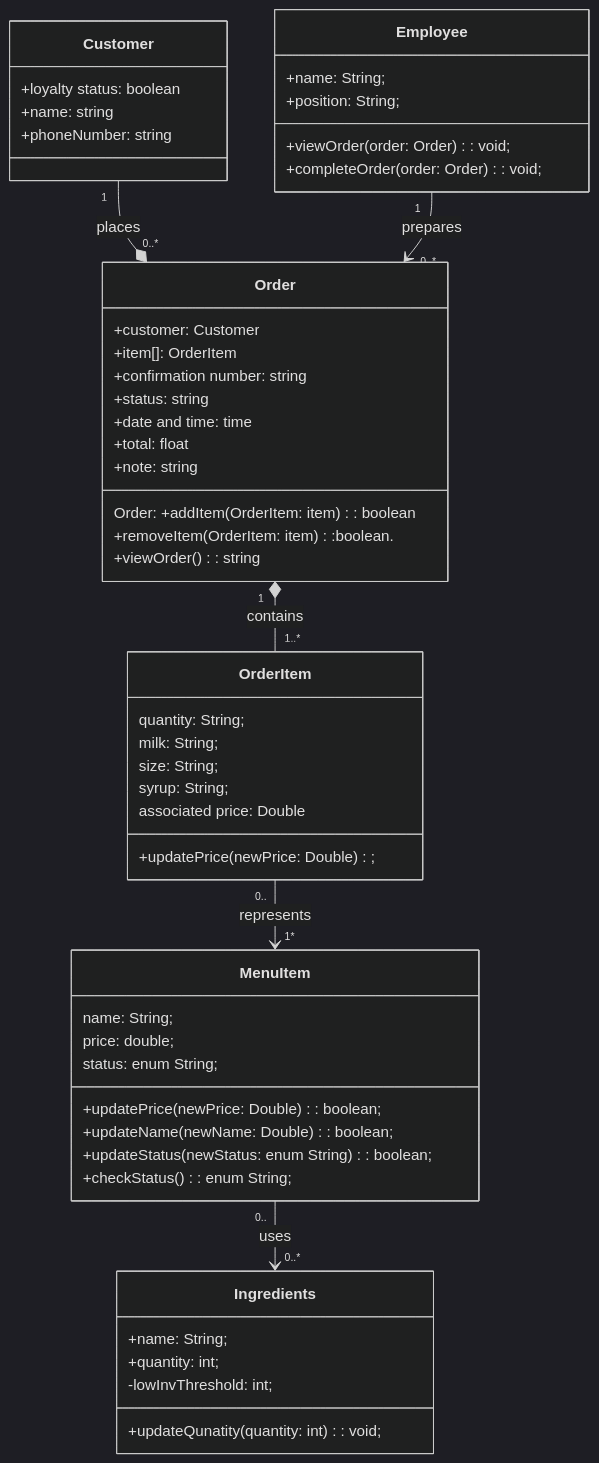
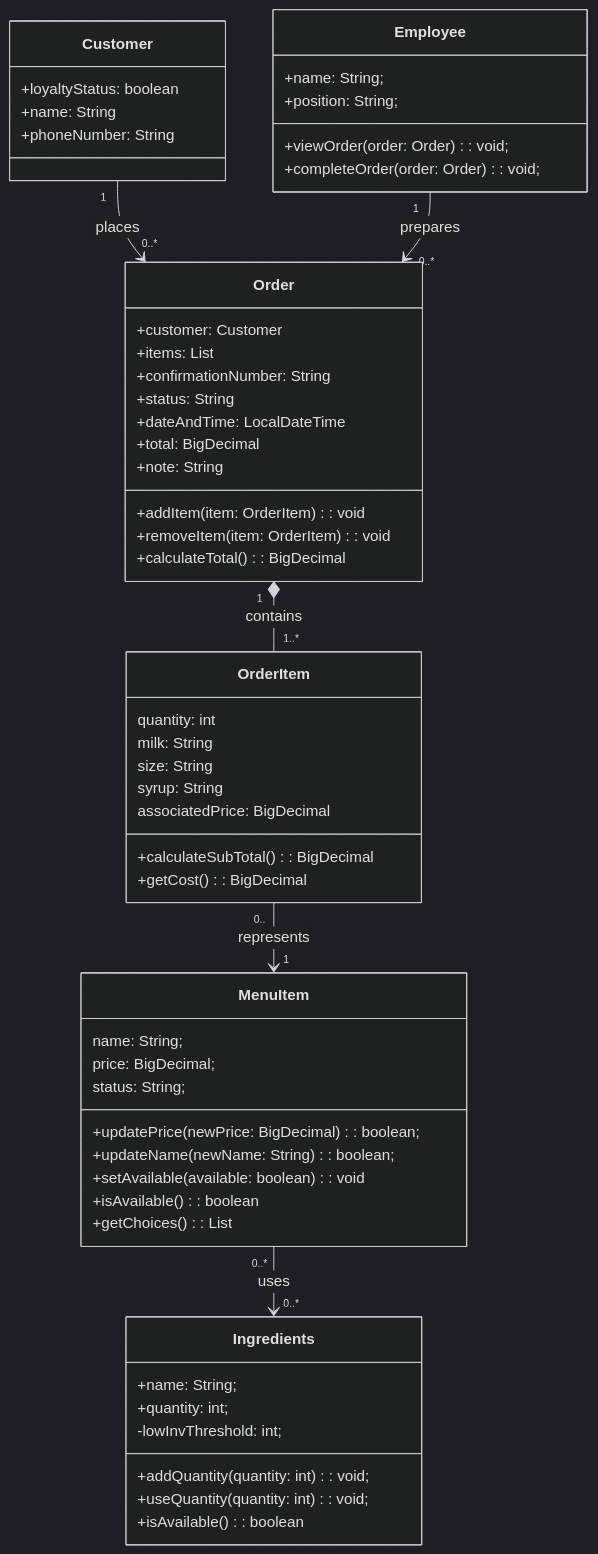
One commit to LaElijah/ics372-group-2 changed the diagram in docs/week-06/group-artifact.md. Above: the diagram before and after it, drawn with Mermaid (dark theme). The commit also changed other lines of this file, not shown here.

Commit message:
update group artifact

````diff
--- a/docs/week-06/group-artifact.md
+++ b/docs/week-06/group-artifact.md
@@ -49,61 +33,66 @@
 ```mermaid
 classDiagram
 	class Ingredients {
 	    +name: String;
 	    +quantity: int; 
 	    -lowInvThreshold: int; 
-	    +updateQunatity(quantity: int): void;
+	    +addQuantity(quantity: int): void;
+        +useQuantity(quantity: int): void;
+        +isAvailable(): boolean
+
 	}
 	
 	class Employee {
 	    +name: String; 
 	    +position: String; 
 	    +viewOrder(order: Order): void; 
 	    +completeOrder(order: Order): void;
 	}
 	
 	class Customer {
-            +loyalty status: boolean
-			+name: string
-			+phoneNumber: string
+            +loyaltyStatus: boolean
+			+name: String
+			+phoneNumber: String
         }
 
         class Order {
 			+customer: Customer
-			+item[]: OrderItem
-            +confirmation number: string
-            +status: string
-            +date and time: time
-            +total: float
-            +note: string
-            Order: +addItem(OrderItem: item): boolean
-            +removeItem(OrderItem: item) :boolean. 
-            +viewOrder() : string
+			+items: List<OrderItem>
+            +confirmationNumber: String
+            +status: String
+            +dateAndTime: LocalDateTime
+            +total: BigDecimal
+            +note: String
+            +addItem(item: OrderItem): void
+            +removeItem(item: OrderItem) : void
+            +calculateTotal() : BigDecimal
         }
             
         class OrderItem {
-            quantity: String;
-            milk: String;
-            size: String;
-            syrup: String;
-            associated price: Double
-            +updatePrice(newPrice: Double);
+            quantity: int
+            milk: String
+            size: String
+            syrup: String
+            associatedPrice: BigDecimal
+            +calculateSubTotal(): BigDecimal
+            +getCost(): BigDecimal
         }
 
         class MenuItem {
             name: String; 
-            price: double;
-            status: enum String; 
-            +updatePrice(newPrice: Double): boolean;
-            +updateName(newName: Double): boolean; 
-            +updateStatus(newStatus: enum String): boolean; 
-            +checkStatus(): enum String;
+            price: BigDecimal;
+            status: String; 
+            +updatePrice(newPrice: BigDecimal): boolean;
+            +updateName(newName: String): boolean; 
+            +setAvailable(available: boolean): void
+            +isAvailable(): boolean
+            +getChoices(): List <String>
         } 
 
 
-    Customer "1" --* "0..*" Order : places
+    Customer "1" --> "0..*" Order : places
     Order "1" *-- "1..*" OrderItem : contains
-    OrderItem "0.." --> "1*" MenuItem : represents
-    MenuItem "0.." --> "0..*" Ingredients : uses
+    OrderItem "0.." --> "1" MenuItem : represents
+    MenuItem "0..*" --> "0..*" Ingredients : uses
     Employee "1" --> "0..*" Order : prepares
 ```
````
